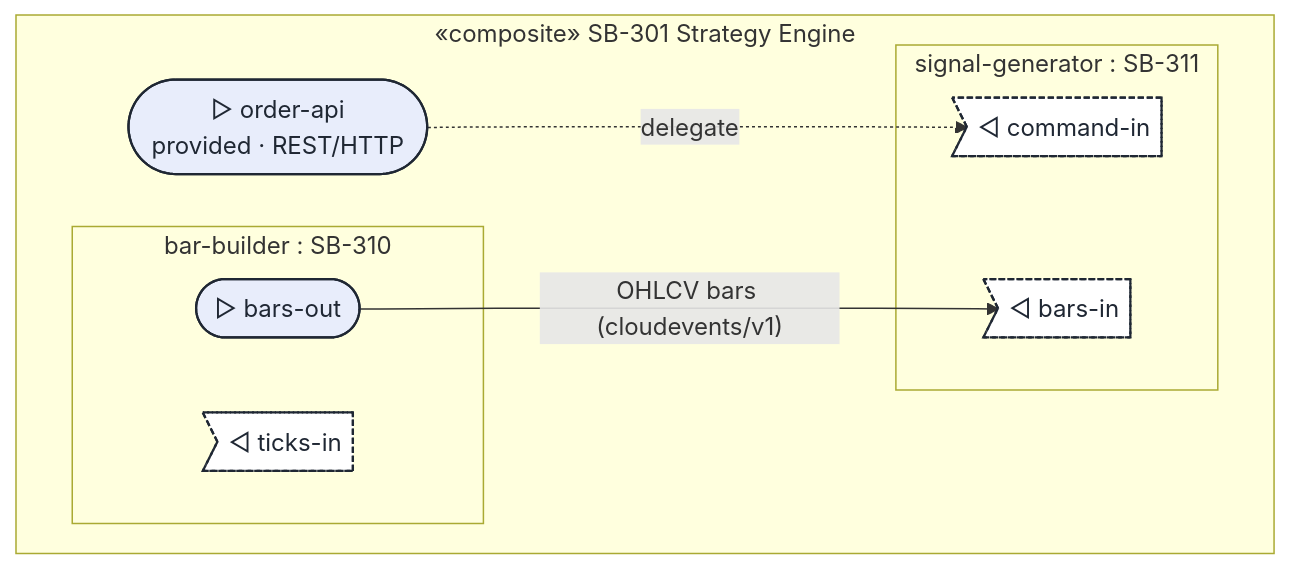
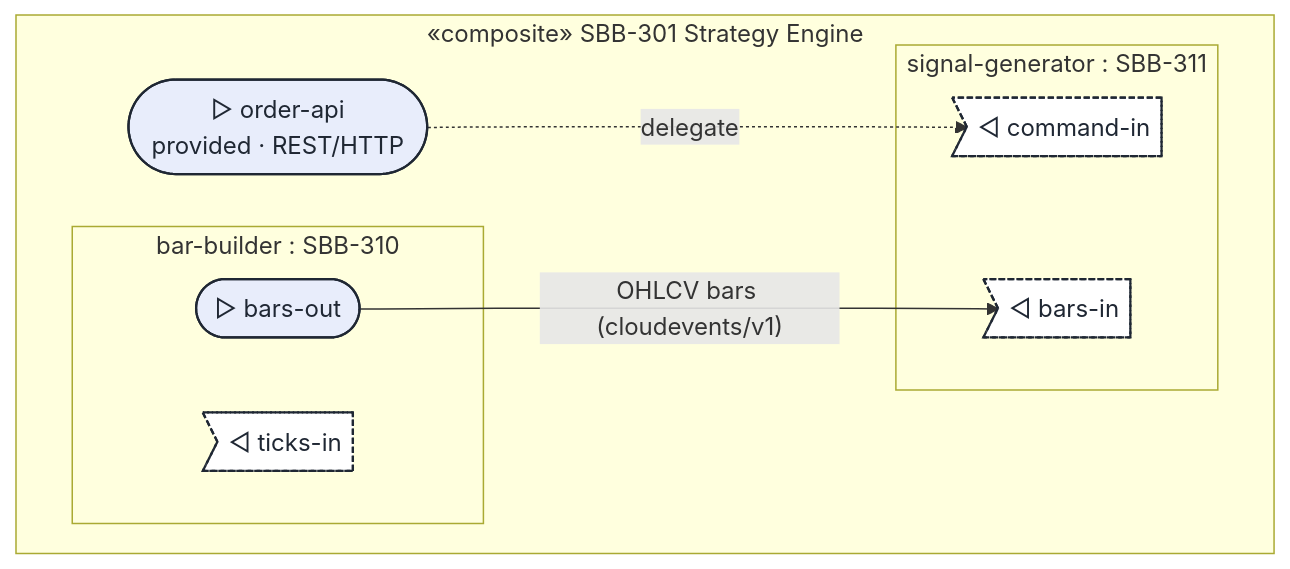
One commit to dermot-obrien/ai-assisted-architecture changed the first of 3 diagrams in standards/building-blocks/solution-building-blocks/standard-sbb-diagram.md. Above: the diagram before and after it, drawn with Mermaid. The commit also changed other lines of this file and 15 other files, not shown here.

````diff
--- a/standards/building-blocks/solution-building-blocks/standard-sbb-diagram.md
+++ b/standards/building-blocks/solution-building-blocks/standard-sbb-diagram.md
@@ -131,24 +131,24 @@
 ```mermaid
 flowchart LR
-    subgraph SB["«composite» SB-301 Strategy Engine"]
+    subgraph SB["«composite» SBB-301 Strategy Engine"]
         direction LR
         order-api(["▷ order-api<br/>provided · REST/HTTP"]):::provided
 
-        subgraph bar-builder["bar-builder : SB-310"]
+        subgraph bar-builder["bar-builder : SBB-310"]
             bar-builder_ticks-in>"◁ ticks-in"]:::required
             bar-builder_bars-out(["▷ bars-out"]):::provided
         end
 
-        subgraph signal-generator["signal-generator : SB-311"]
+        subgraph signal-generator["signal-generator : SBB-311"]
             signal-generator_command-in>"◁ command-in"]:::required
             signal-generator_bars-in>"◁ bars-in"]:::required
         end
     end
 
     order-api -. delegate .-> signal-generator_command-in
     bar-builder_bars-out -->|"OHLCV bars (cloudevents/v1)"| signal-generator_bars-in
 
     classDef provided fill:#E8EDFB,stroke:#1F2733,stroke-width:1.5px,color:#1F2733;
     classDef required fill:#FFFFFF,stroke:#1F2733,stroke-width:1.5px,color:#1F2733,stroke-dasharray:4 2;
     classDef part fill:#FFFFFF,stroke:#999999,color:#1F2733;
 ```
````
